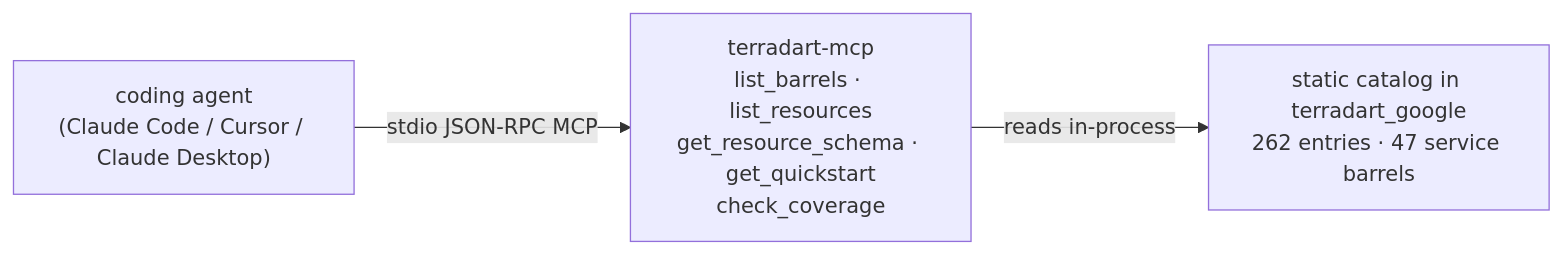
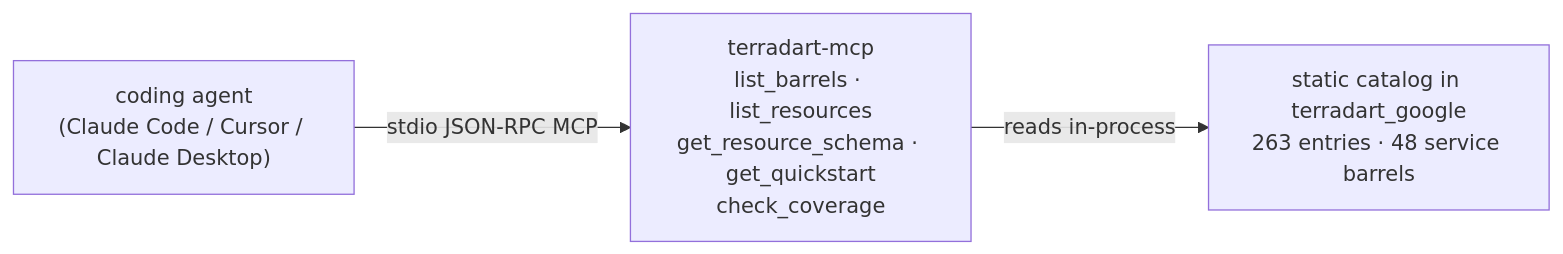
The diagram in website/src/content/docs/docs/agent/index.md (nozomi-koborinai/terradart), drawn with Mermaid before and after one commit. The commit also changed other lines of this file and 17 other files, not shown here.

````diff
--- a/website/src/content/docs/docs/agent/index.md
+++ b/website/src/content/docs/docs/agent/index.md
@@ -12,8 +12,8 @@
 ```mermaid
 graph LR
   agent["coding agent<br/>(Claude Code / Cursor / Claude Desktop)"]
   mcp["terradart-mcp<br/>list_barrels · list_resources<br/>get_resource_schema · get_quickstart<br/>check_coverage"]
-  catalog["static catalog in terradart_google<br/>262 entries · 47 service barrels"]
+  catalog["static catalog in terradart_google<br/>263 entries · 48 service barrels"]
   agent -->|stdio JSON-RPC MCP| mcp
   mcp -->|reads in-process| catalog
 ```
````
